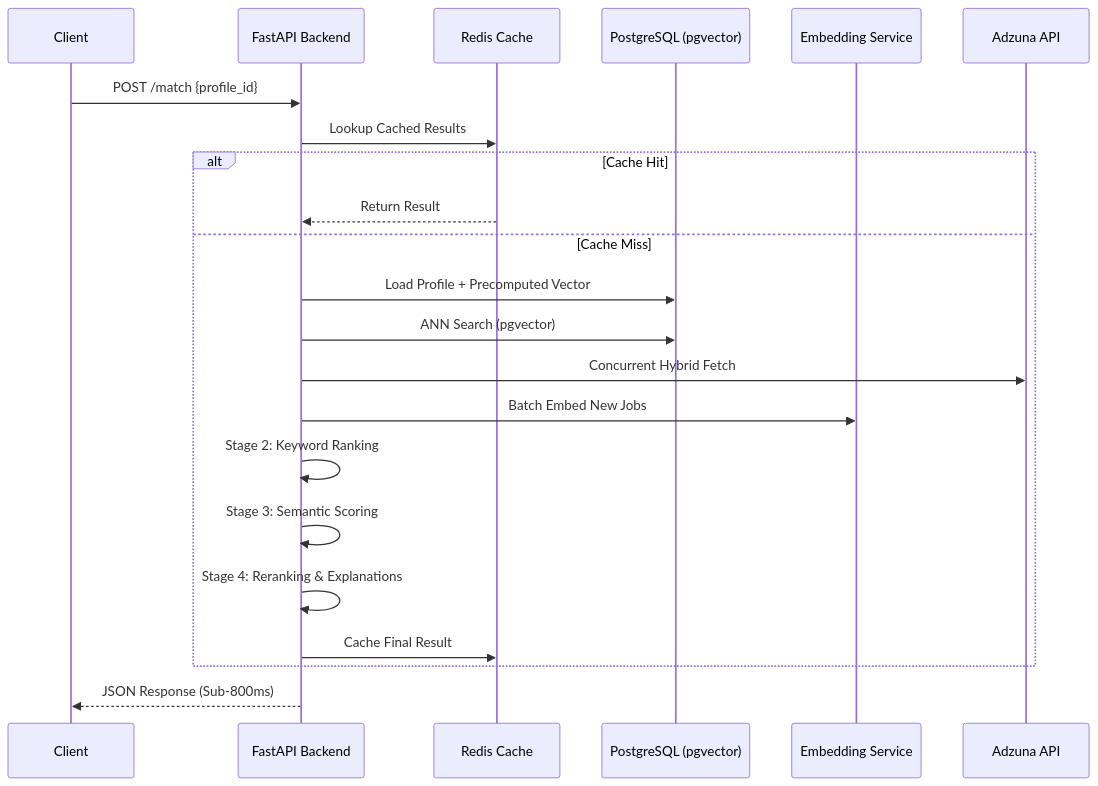
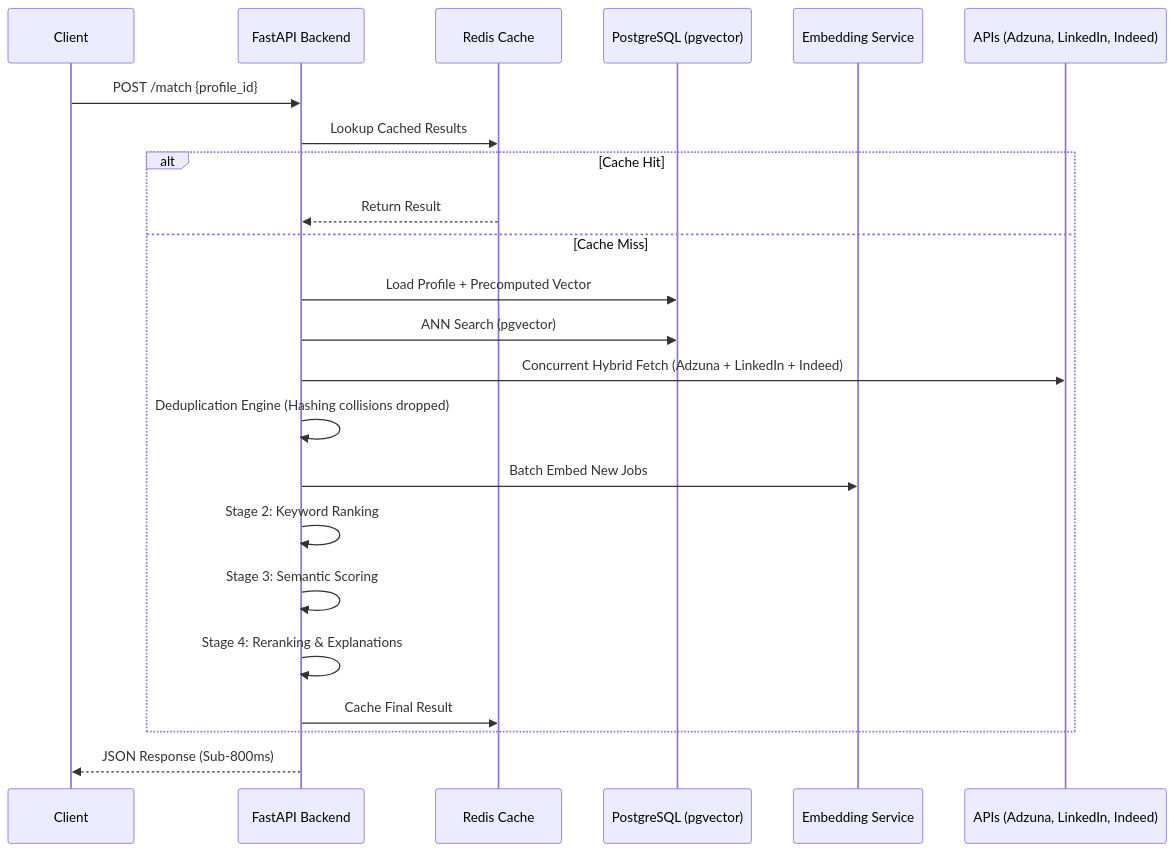
One commit to Amal-els/Job-Matching-System changed the diagram in README.md. Above: the diagram before and after it, drawn with Mermaid. The commit also changed other lines of this file and 11 other files, not shown here.

````diff
--- a/README.md
+++ b/README.md
@@ -29,25 +29,26 @@
 ```mermaid
 sequenceDiagram
     participant C as Client
     participant A as FastAPI Backend
     participant R as Redis Cache
     participant D as PostgreSQL (pgvector)
     participant E as Embedding Service
-    participant X as Adzuna API
+    participant X as APIs (Adzuna, LinkedIn, Indeed)
 
     C->>A: POST /match {profile_id}
     A->>R: Lookup Cached Results
     alt Cache Hit
         R-->>A: Return Result
     else Cache Miss
         A->>D: Load Profile + Precomputed Vector
         A->>D: ANN Search (pgvector)
-        A->>X: Concurrent Hybrid Fetch
+        A->>X: Concurrent Hybrid Fetch (Adzuna + LinkedIn + Indeed)
+        A->>A: Deduplication Engine (Hashing collisions dropped)
         A->>E: Batch Embed New Jobs
         A->>A: Stage 2: Keyword Ranking
         A->>A: Stage 3: Semantic Scoring
         A->>A: Stage 4: Reranking & Explanations
         A->>R: Cache Final Result
     end
     A-->>C: JSON Response (Sub-800ms)
 ```
````
